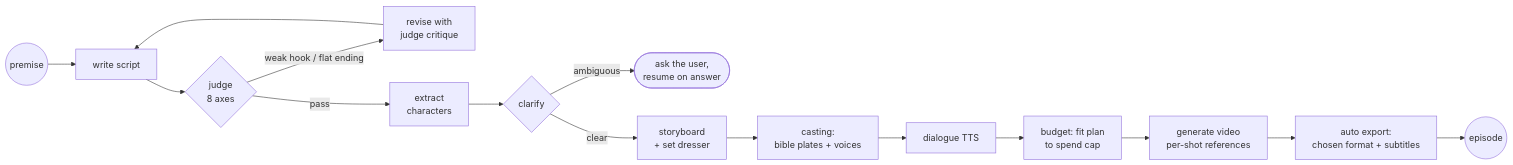
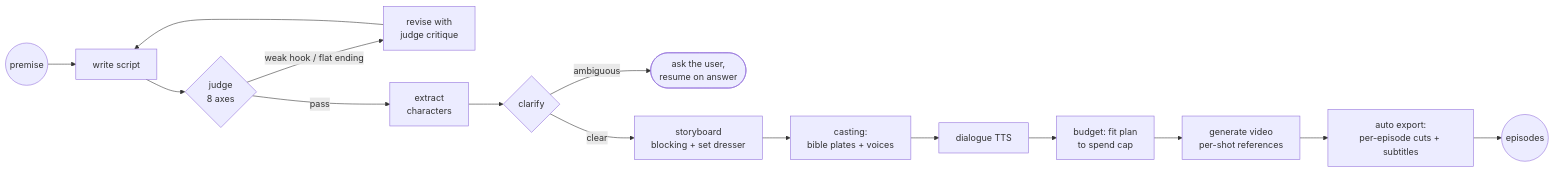
Before and after one commit to RextonRZ/Rexgent: the first of 3 diagrams in README.md, drawn with Mermaid. The commit also changed other lines of this file, not shown here.

````diff
--- a/README.md
+++ b/README.md
@@ -31,17 +33,17 @@
 ```mermaid
 flowchart LR
     START((premise)) --> W[write script]
     W --> J{judge<br/>8 axes}
     J -- "weak hook / flat ending" --> R[revise with<br/>judge critique]
     R --> W
     J -- pass --> X[extract<br/>characters]
     X --> C{clarify}
     C -- "ambiguous" --> PAUSE([ask the user,<br/>resume on answer])
-    C -- clear --> SB[storyboard<br/>+ set dresser]
+    C -- clear --> SB[storyboard<br/>blocking + set dresser]
     SB --> CAST[casting:<br/>bible plates + voices]
     CAST --> AUD[dialogue TTS]
     AUD --> B[budget: fit plan<br/>to spend cap]
     B --> V[generate video<br/>per-shot references]
-    V --> E[auto export:<br/>chosen format + subtitles]
-    E --> DONE((episode))
+    V --> E[auto export:<br/>per-episode cuts + subtitles]
+    E --> DONE((episodes))
 ```
````
